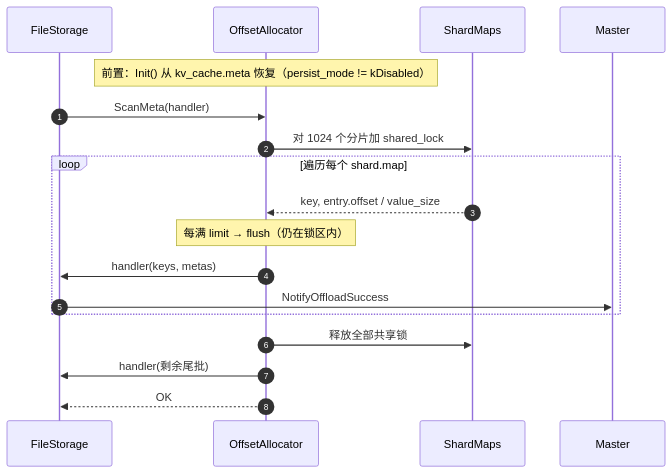
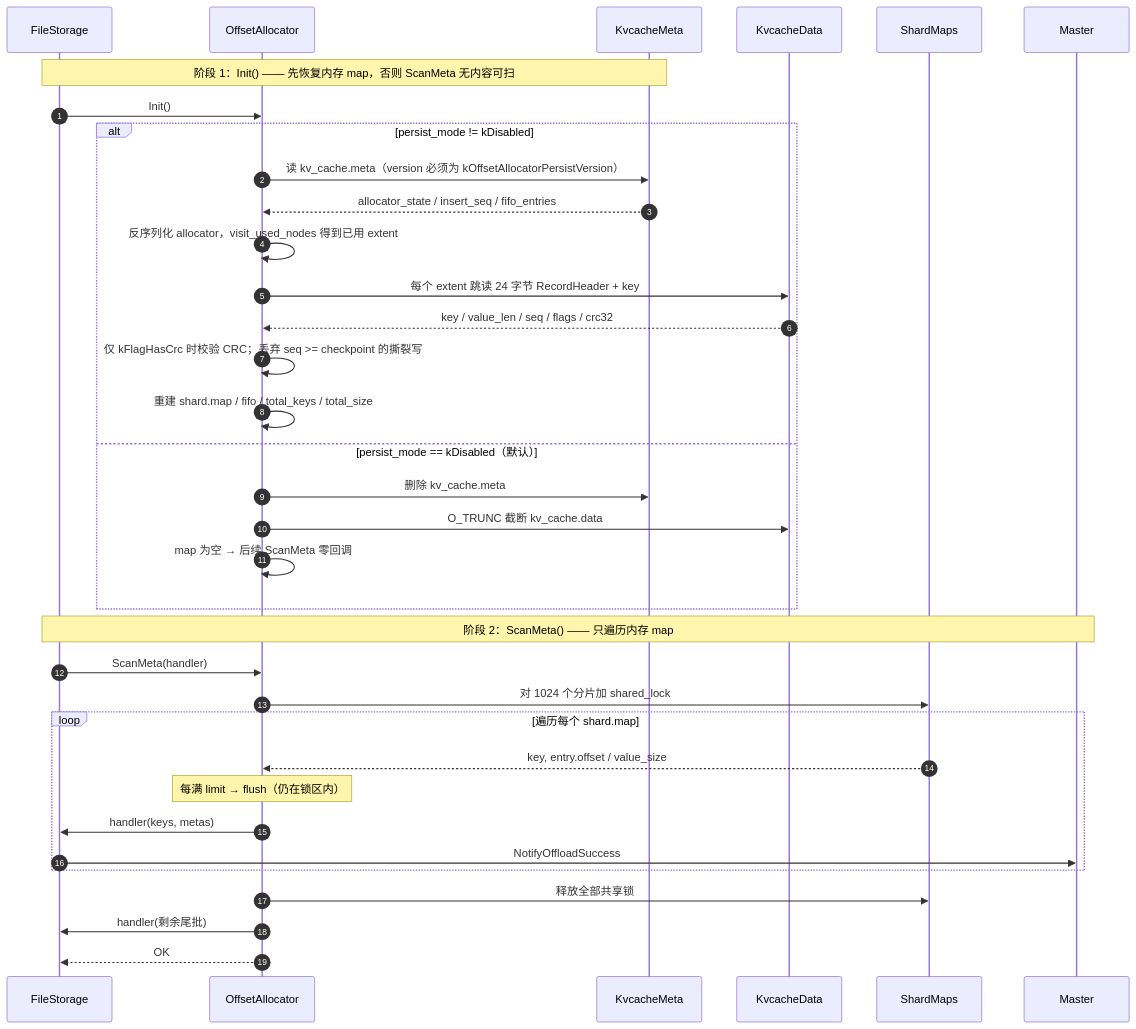
Diagram 13 of 15 in kv-client-storage-backend-review.md (zwj20000328-dotcom/Mooncake-documents), drawn with Mermaid before and after one commit. The commit also changed other lines of this file and 1 other file, not shown here.

````diff
--- a/kv-client-storage-backend-review.md
+++ b/kv-client-storage-backend-review.md
@@ -631,21 +650,39 @@
 ```mermaid
 sequenceDiagram
     autonumber
     participant FS as FileStorage
     participant BE as OffsetAllocator
+    participant META as KvcacheMeta
+    participant DATA as KvcacheData
     participant SH as ShardMaps
     participant MS as Master
 
-    Note over BE: 前置：Init() 从 kv_cache.meta 恢复（persist_mode != kDisabled）
+    Note over FS,META: 阶段 1：Init() —— 先恢复内存 map，否则 ScanMeta 无内容可扫
+    FS->>BE: Init()
+    alt persist_mode != kDisabled
+        BE->>META: 读 kv_cache.meta（version 必须为 kOffsetAllocatorPersistVersion）
+        META-->>BE: allocator_state / insert_seq / fifo_entries
+        BE->>BE: 反序列化 allocator，visit_used_nodes 得到已用 extent
+        BE->>DATA: 每个 extent 跳读 24 字节 RecordHeader + key
+        DATA-->>BE: key / value_len / seq / flags / crc32
+        BE->>BE: 仅 kFlagHasCrc 时校验 CRC；丢弃 seq >= checkpoint 的撕裂写
+        BE->>BE: 重建 shard.map / fifo / total_keys / total_size
+    else persist_mode == kDisabled（默认）
+        BE->>META: 删除 kv_cache.meta
+        BE->>DATA: O_TRUNC 截断 kv_cache.data
+        BE->>BE: map 为空 → 后续 ScanMeta 零回调
+    end
+
+    Note over FS,MS: 阶段 2：ScanMeta() —— 只遍历内存 map
     FS->>BE: ScanMeta(handler)
     BE->>SH: 对 1024 个分片加 shared_lock
     loop 遍历每个 shard.map
         SH-->>BE: key, entry.offset / value_size
         Note over BE: 每满 limit → flush（仍在锁区内）
         BE->>FS: handler(keys, metas)
         FS->>MS: NotifyOffloadSuccess
     end
     BE->>SH: 释放全部共享锁
     BE->>FS: handler(剩余尾批)
     BE-->>FS: OK
 ```
````
